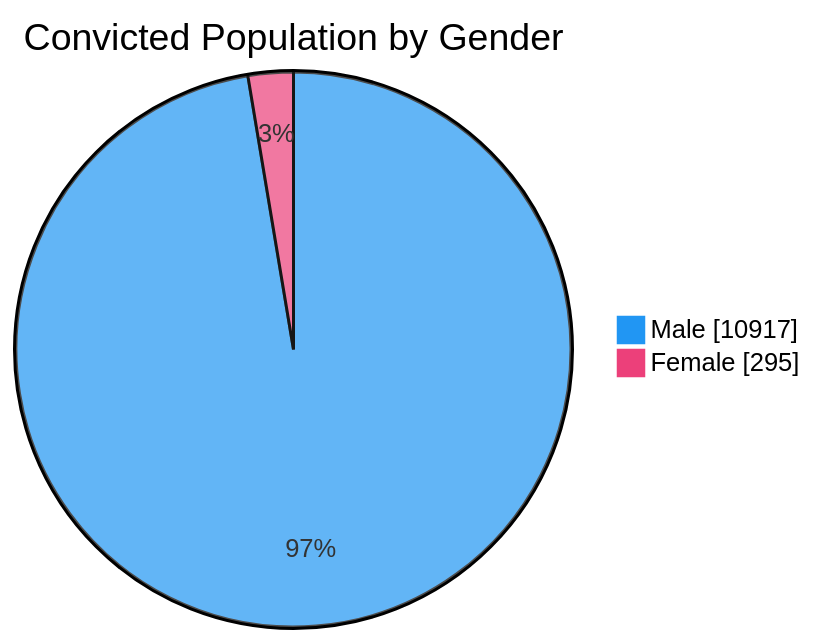
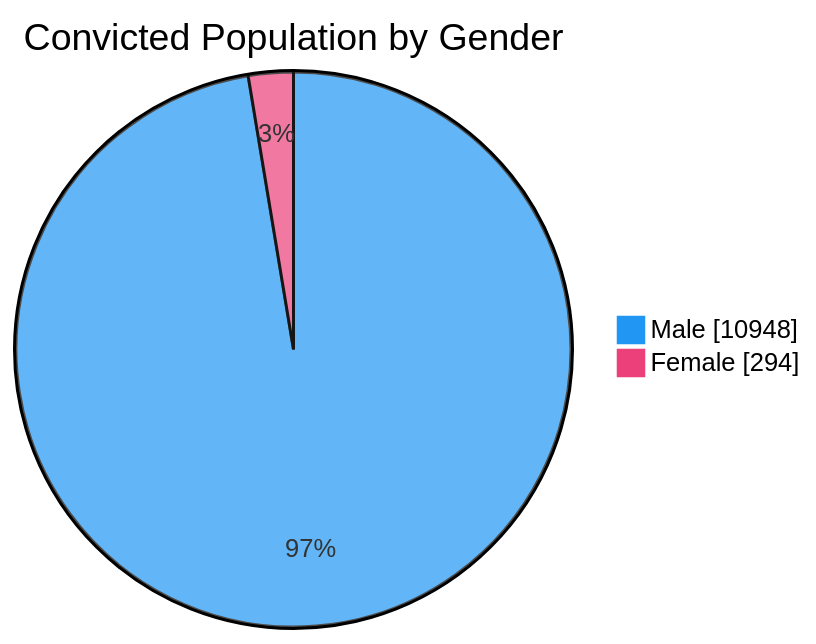
The third of 7 diagrams in README.md (nuuuwan/lk_prisons), drawn with Mermaid before and after one commit. The commit also changed other lines of this file and 1 other file, not shown here.

````diff
--- a/README.md
+++ b/README.md
@@ -65,6 +65,6 @@
 ```mermaid
 %%{init: {'themeVariables': {'pie1': '#2196F3', 'pie2': '#EC407A'}}}%%
 pie showData title Convicted Population by Gender
-    "Male" : 10917
-    "Female" : 295
+    "Male" : 10948
+    "Female" : 294
 ```
````
